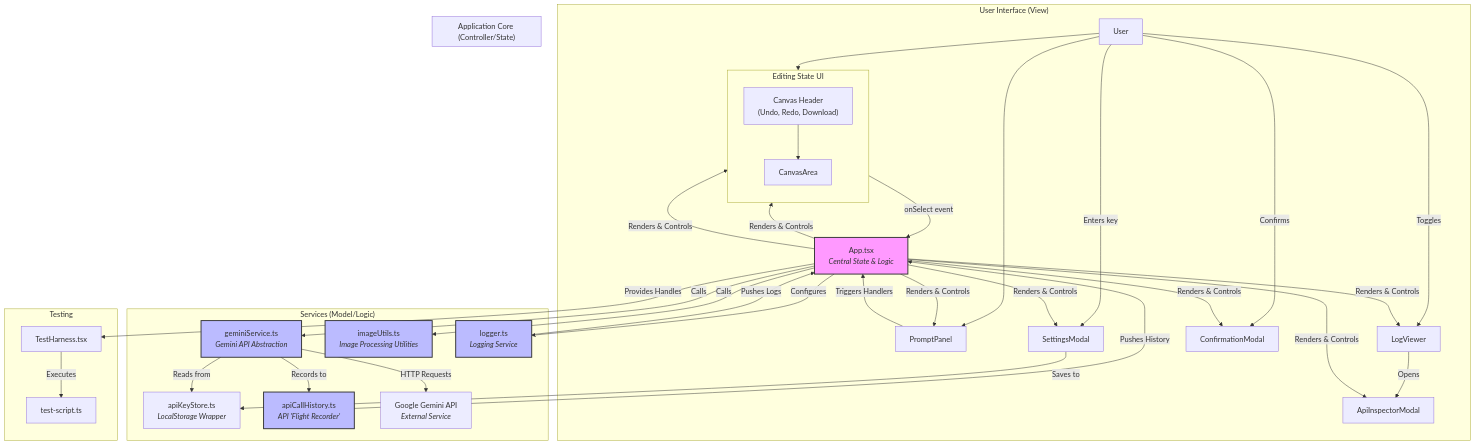
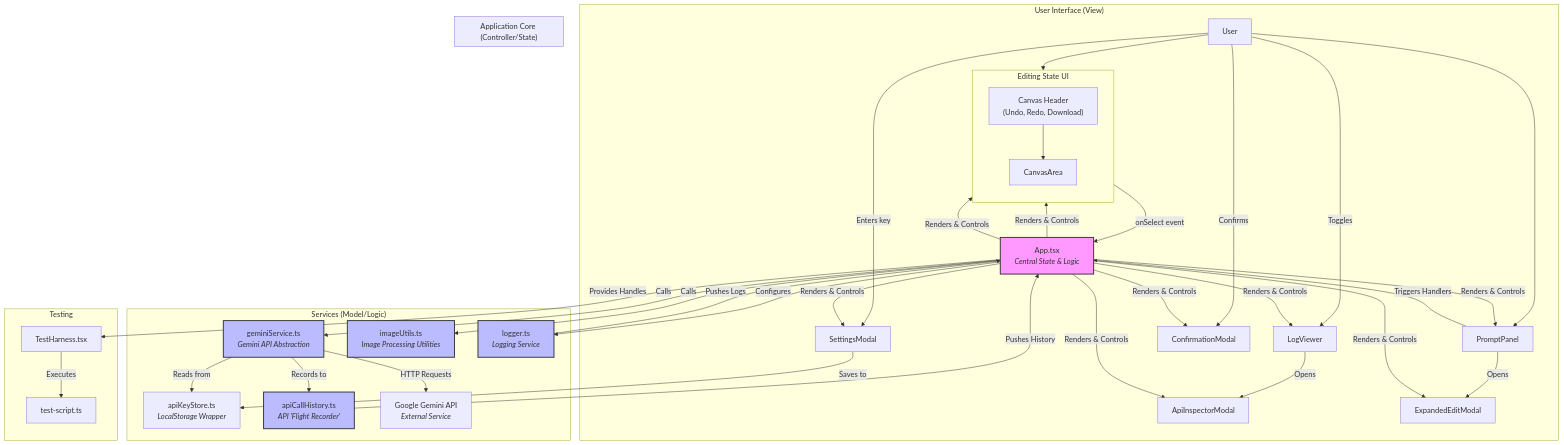
One commit to tydev-new/BananaPeel changed the first of 5 diagrams in DESIGN.md. Above: the diagram before and after it, drawn with Mermaid. The commit also changed other lines of this file and 6 other files, not shown here.

````diff
--- a/DESIGN.md
+++ b/DESIGN.md
@@ -21,65 +19,67 @@
 ```mermaid
 graph TD
     subgraph "User Interface (View)"
         UI_User[User] --> PromptPanel;
         UI_User --> CanvasArea;
         UI_User -- Toggles --> LogViewer;
         LogViewer -- Opens --> ApiInspectorModal;
         UI_User -- Enters key --> SettingsModal;
         UI_User -- Confirms --> ConfirmationModal;
+        PromptPanel -- Opens --> ExpandedEditModal;
         
         subgraph "Editing State UI"
             direction TB
             CanvasHeader["Canvas Header<br/>(Undo, Redo, Download)"]
             CanvasArea;
             CanvasHeader --> CanvasArea
         end
 
         PromptPanel -- Triggers Handlers --> App;
         CanvasArea -- onSelect event --> App;
     end
 
     subgraph "Application Core (Controller/State)"
         App[App.tsx<br/><i>Central State & Logic</i>];
     end
 
     subgraph "Services (Model/Logic)"
         GeminiService[geminiService.ts<br/><i>Gemini API Abstraction</i>];
         ImageUtils[imageUtils.ts<br/><i>Image Processing Utilities</i>];
         LoggerService[logger.ts<br/><i>Logging Service</i>];
         ApiKeyStore[apiKeyStore.ts<br/><i>LocalStorage Wrapper</i>];
         ApiHistory[apiCallHistory.ts<br/><i>API 'Flight Recorder'</i>]
         GeminiAPI[Google Gemini API<br/><i>External Service</i>];
     end
 
     subgraph "Testing"
         TestHarness[TestHarness.tsx];
         TestScript[test-script.ts];
         App -- Provides Handles --> TestHarness;
         TestHarness -- Executes --> TestScript;
     end
 
     App -- Renders & Controls --> PromptPanel;
     App -- Renders & Controls --> CanvasHeader;
     App -- Renders & Controls --> CanvasArea;
     App -- Renders & Controls --> LogViewer;
     App -- Renders & Controls --> SettingsModal;
     App -- Renders & Controls --> ConfirmationModal;
     App -- Renders & Controls --> ApiInspectorModal;
+    App -- Renders & Controls --> ExpandedEditModal;
     App -- Calls --> GeminiService;
     App -- Calls --> ImageUtils;
     App -- Configures --> LoggerService;
     LoggerService -- Pushes Logs --> App;
     ApiHistory -- Pushes History --> App;
 
     GeminiService -- Records to --> ApiHistory;
     GeminiService -- Reads from --> ApiKeyStore;
     GeminiService -- HTTP Requests --> GeminiAPI;
     SettingsModal -- Saves to --> ApiKeyStore;
 
     style App fill:#f9f,stroke:#333,stroke-width:2px
     style GeminiService fill:#bbf,stroke:#333,stroke-width:2px
     style ImageUtils fill:#bbf,stroke:#333,stroke-width:2px
     style LoggerService fill:#bbf,stroke:#333,stroke-width:2px
     style ApiHistory fill:#bbf,stroke:#333,stroke-width:2px
 ```
````
